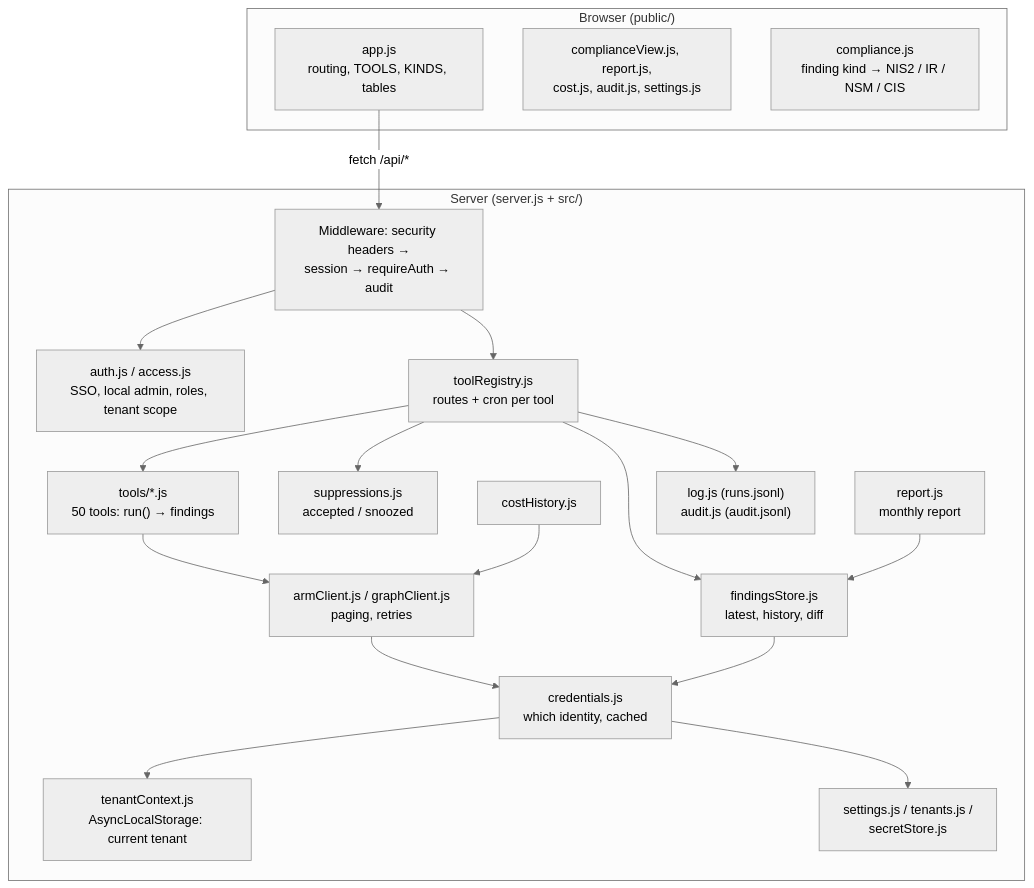
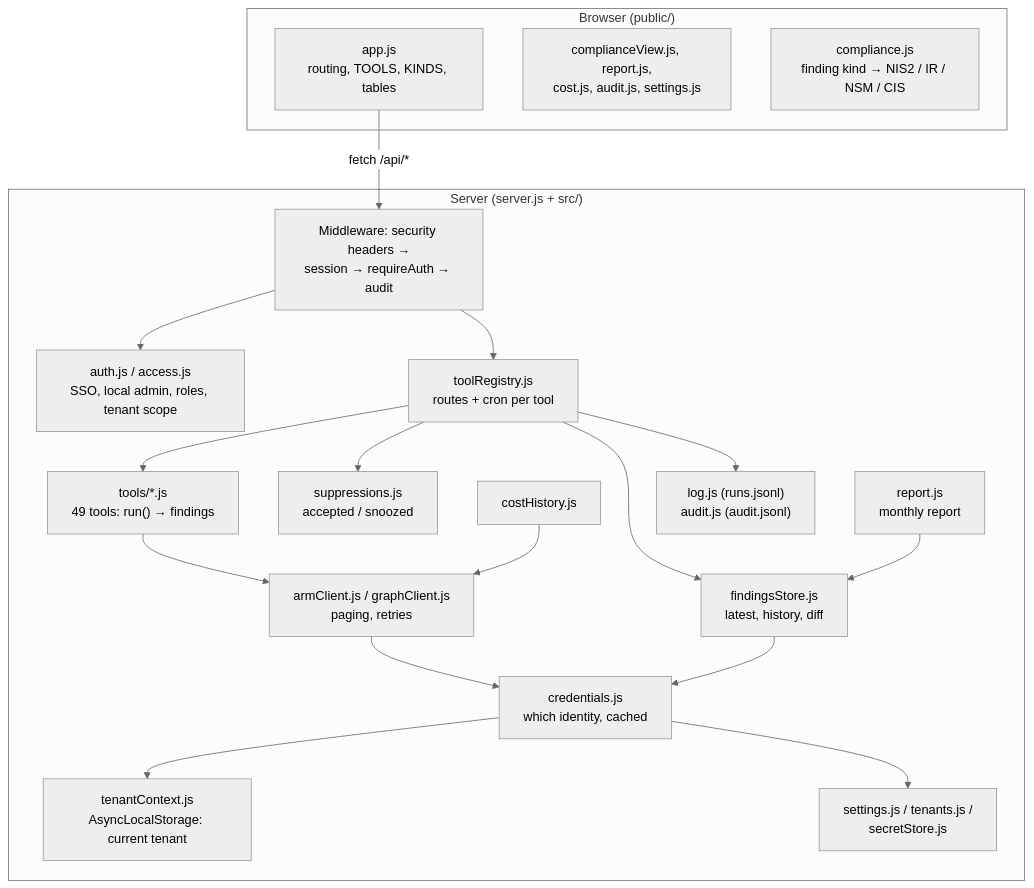
The diagram in docs/diagrams/arch-inside-app.mmd (Gooseankles/cirrus-watch), drawn with Mermaid (neutral theme) before and after one commit. The commit also changed 25 other files, not shown here.

```diff
--- a/docs/diagrams/arch-inside-app.mmd
+++ b/docs/diagrams/arch-inside-app.mmd
@@ -1,35 +1,35 @@
 flowchart TB
   subgraph browser["Browser (public/)"]
     appjs["app.js<br/>routing, TOOLS, KINDS, tables"]
     views["complianceView.js, report.js,<br/>cost.js, audit.js, settings.js"]
     comp["compliance.js<br/>finding kind → NIS2 / IR / NSM / CIS"]
   end
   subgraph server["Server (server.js + src/)"]
     mw["Middleware: security headers →<br/>session → requireAuth → audit"]
     auth["auth.js / access.js<br/>SSO, local admin, roles, tenant scope"]
     reg["toolRegistry.js<br/>routes + cron per tool"]
-    tools["tools/*.js<br/>50 tools: run() → findings"]
+    tools["tools/*.js<br/>49 tools: run() → findings"]
     clients["armClient.js / graphClient.js<br/>paging, retries"]
     cred["credentials.js<br/>which identity, cached"]
     ctx["tenantContext.js<br/>AsyncLocalStorage: current tenant"]
     store["findingsStore.js<br/>latest, history, diff"]
     supp["suppressions.js<br/>accepted / snoozed"]
     cost["costHistory.js"]
     rep["report.js<br/>monthly report"]
     cfg["settings.js / tenants.js /<br/>secretStore.js"]
     logs["log.js (runs.jsonl)<br/>audit.js (audit.jsonl)"]
   end
   appjs -- "fetch /api/*" --> mw
   mw --> auth
   mw --> reg
   reg --> tools
   tools --> clients
   clients --> cred
   cred --> ctx
   cred --> cfg
   reg --> store
   reg --> supp
   reg --> logs
   rep --> store
   cost --> clients
   store --> cred
```
